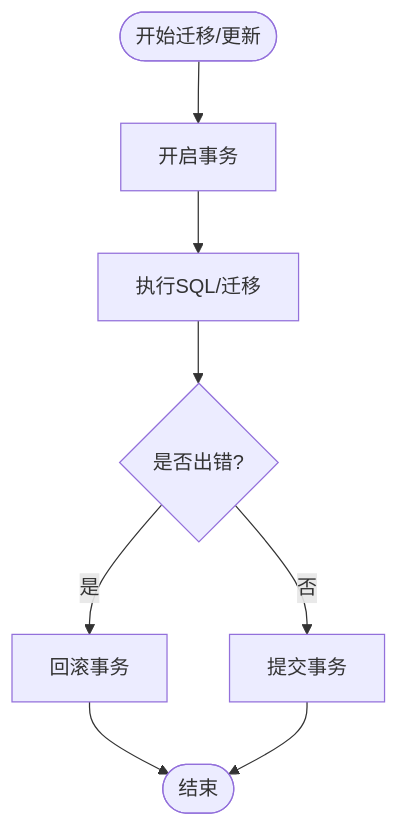
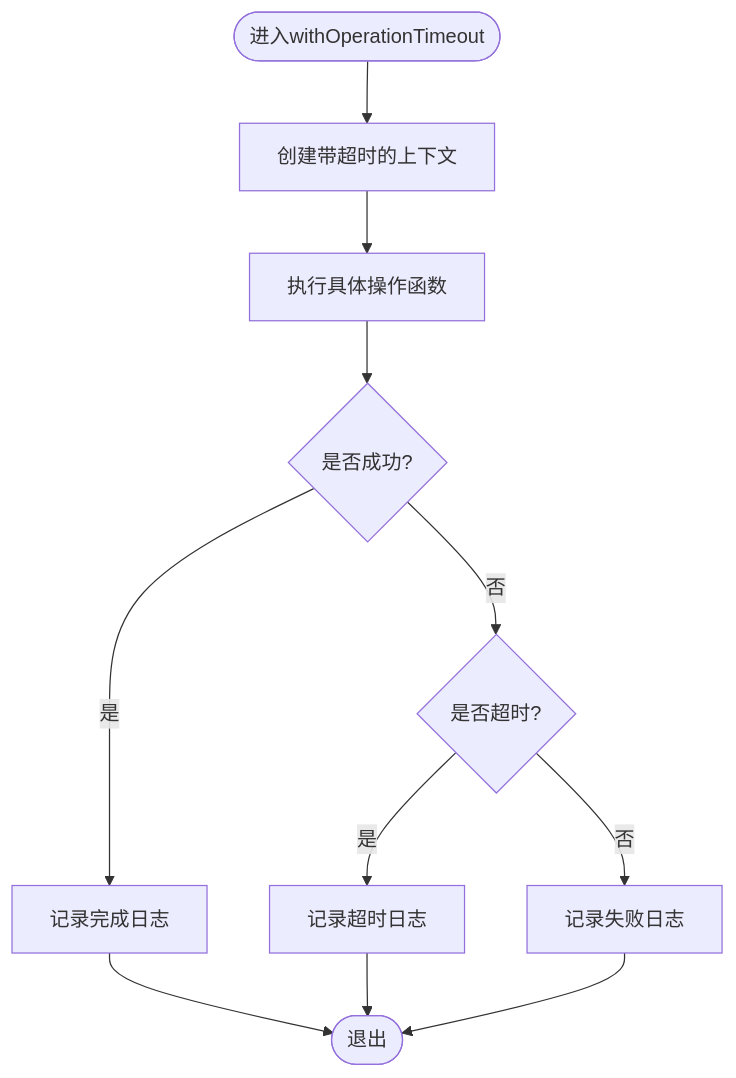
Before and after one commit to alvinwangzi/goodhr: the fourth of 8 diagrams in .qoder/repowiki/zh/content/云端后端服务/候选人处理系统/候选人数据摄入/错误处理和重试机制.md, drawn with Mermaid. The commit also changed other lines of this file and 149 other files, not shown here.

````diff
--- a/.qoder/repowiki/zh/content/云端后端服务/候选人处理系统/候选人数据摄入/错误处理和重试机制.md
+++ b/.qoder/repowiki/zh/content/云端后端服务/候选人处理系统/候选人数据摄入/错误处理和重试机制.md
@@ -265,10 +173,13 @@
 ```mermaid
 flowchart TD
-Begin(["开始迁移/更新"]) --> Tx["开启事务"]
-Tx --> Exec["执行SQL/迁移"]
-Exec --> Err{"是否出错?"}
-Err --> |是| Rollback["回滚事务"]
-Err --> |否| Commit["提交事务"]
-Rollback --> End(["结束"])
-Commit --> End
+Enter(["进入withOperationTimeout"]) --> SetTimeout["创建带超时的上下文"]
+SetTimeout --> Execute["执行具体操作函数"]
+Execute --> Success{"是否成功?"}
+Success --> |是| LogDone["记录完成日志"]
+Success --> |否| CheckErr{"是否超时?"}
+CheckErr --> |是| LogTimeout["记录超时日志"]
+CheckErr --> |否| LogFail["记录失败日志"]
+LogDone --> Exit(["退出"])
+LogTimeout --> Exit
+LogFail --> Exit
 ```
````
